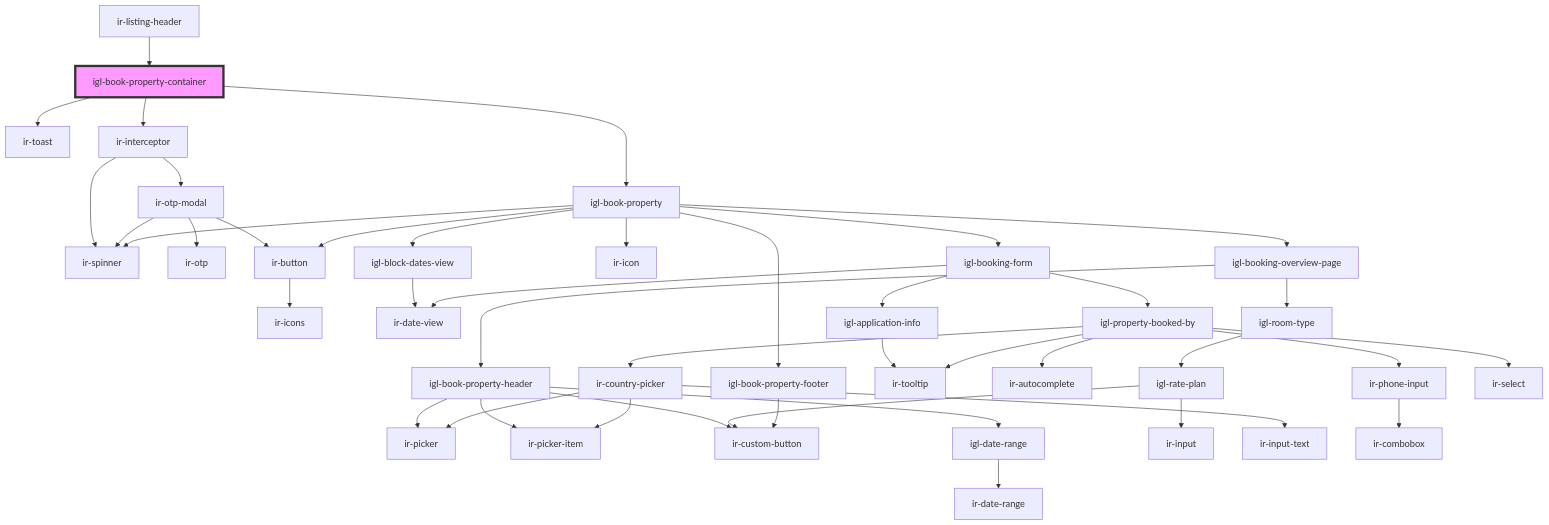
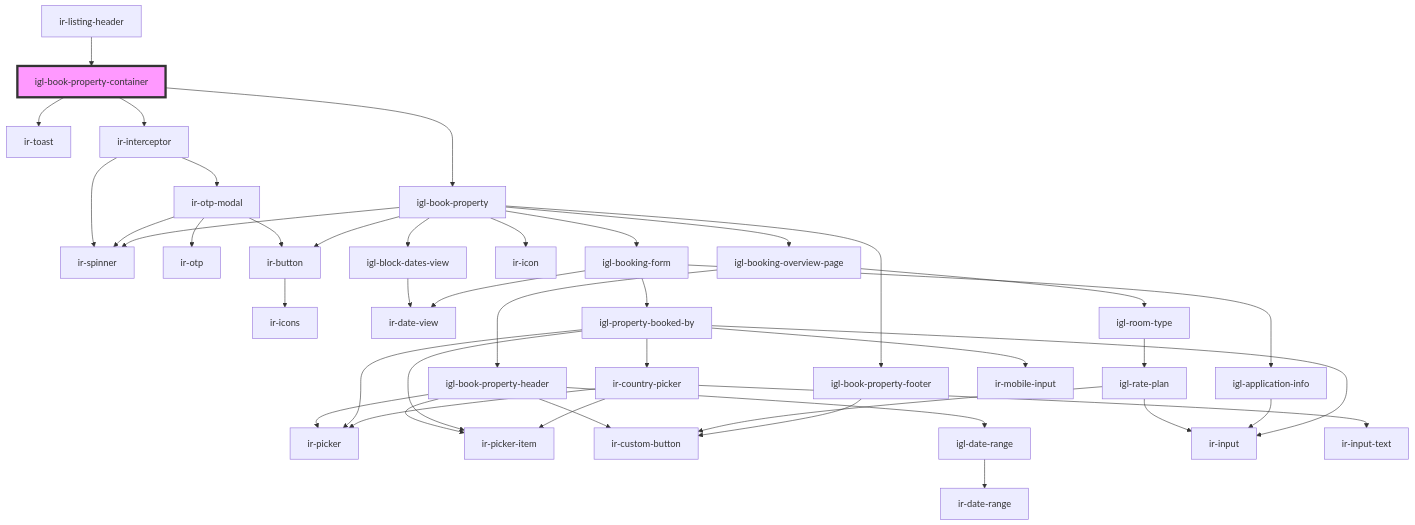
One commit to David1Chowaifaty/modified-ir-webcmp changed the diagram in src/components/igl-book-property-container/readme.md. Above: the diagram before and after it, drawn with Mermaid. The commit also changed 29 other files, not shown here.

First line of the commit message:
Refactor igl-booking components to enhance input handling and streamline dependencies

````diff
--- a/src/components/igl-book-property-container/readme.md
+++ b/src/components/igl-book-property-container/readme.md
@@ -41,46 +41,45 @@
 ```mermaid
 graph TD;
   igl-book-property-container --> ir-toast
   igl-book-property-container --> ir-interceptor
   igl-book-property-container --> igl-book-property
   ir-interceptor --> ir-spinner
   ir-interceptor --> ir-otp-modal
   ir-otp-modal --> ir-spinner
   ir-otp-modal --> ir-otp
   ir-otp-modal --> ir-button
   ir-button --> ir-icons
   igl-book-property --> igl-block-dates-view
   igl-book-property --> ir-spinner
   igl-book-property --> ir-icon
   igl-book-property --> igl-booking-overview-page
   igl-book-property --> igl-booking-form
   igl-book-property --> ir-button
   igl-book-property --> igl-book-property-footer
   igl-block-dates-view --> ir-date-view
   igl-booking-overview-page --> igl-book-property-header
   igl-booking-overview-page --> igl-room-type
   igl-book-property-header --> ir-picker
   igl-book-property-header --> ir-picker-item
   igl-book-property-header --> ir-custom-button
   igl-book-property-header --> igl-date-range
   igl-date-range --> ir-date-range
   igl-room-type --> igl-rate-plan
   igl-rate-plan --> ir-input
   igl-rate-plan --> ir-custom-button
   igl-booking-form --> ir-date-view
   igl-booking-form --> igl-application-info
   igl-booking-form --> igl-property-booked-by
-  igl-application-info --> ir-tooltip
-  igl-property-booked-by --> ir-autocomplete
-  igl-property-booked-by --> ir-tooltip
+  igl-application-info --> ir-input
+  igl-property-booked-by --> ir-picker
+  igl-property-booked-by --> ir-picker-item
+  igl-property-booked-by --> ir-input
   igl-property-booked-by --> ir-country-picker
-  igl-property-booked-by --> ir-phone-input
-  igl-property-booked-by --> ir-select
+  igl-property-booked-by --> ir-mobile-input
   ir-country-picker --> ir-picker
   ir-country-picker --> ir-picker-item
   ir-country-picker --> ir-input-text
-  ir-phone-input --> ir-combobox
   igl-book-property-footer --> ir-custom-button
   ir-listing-header --> igl-book-property-container
   style igl-book-property-container fill:#f9f,stroke:#333,stroke-width:4px
 ```
````
